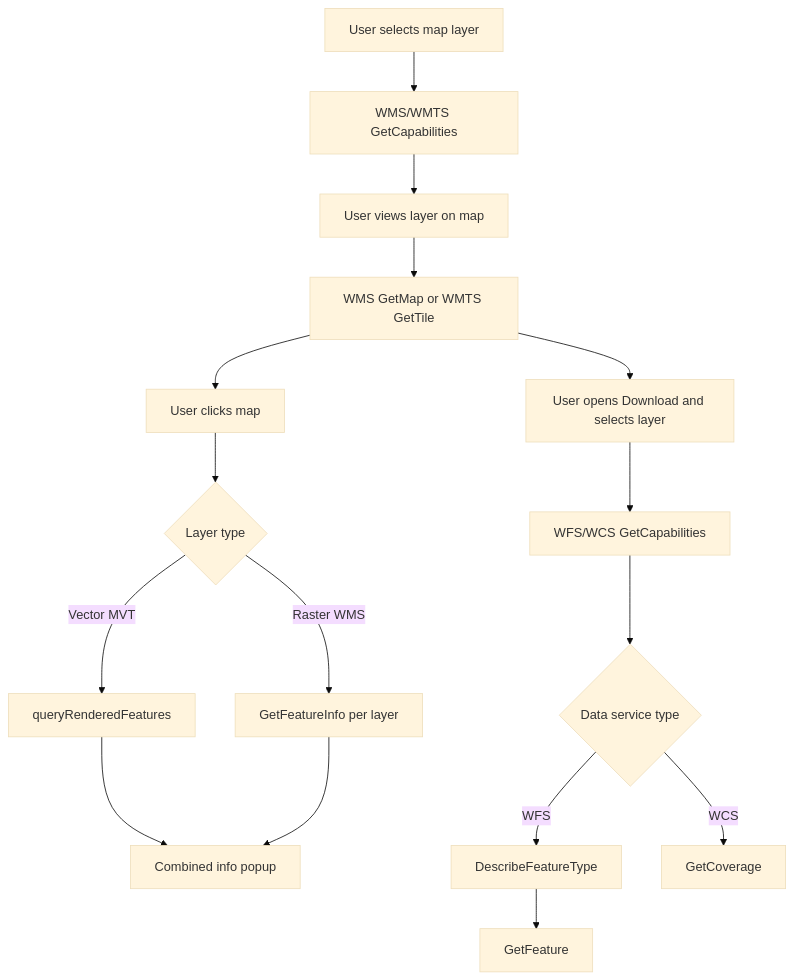
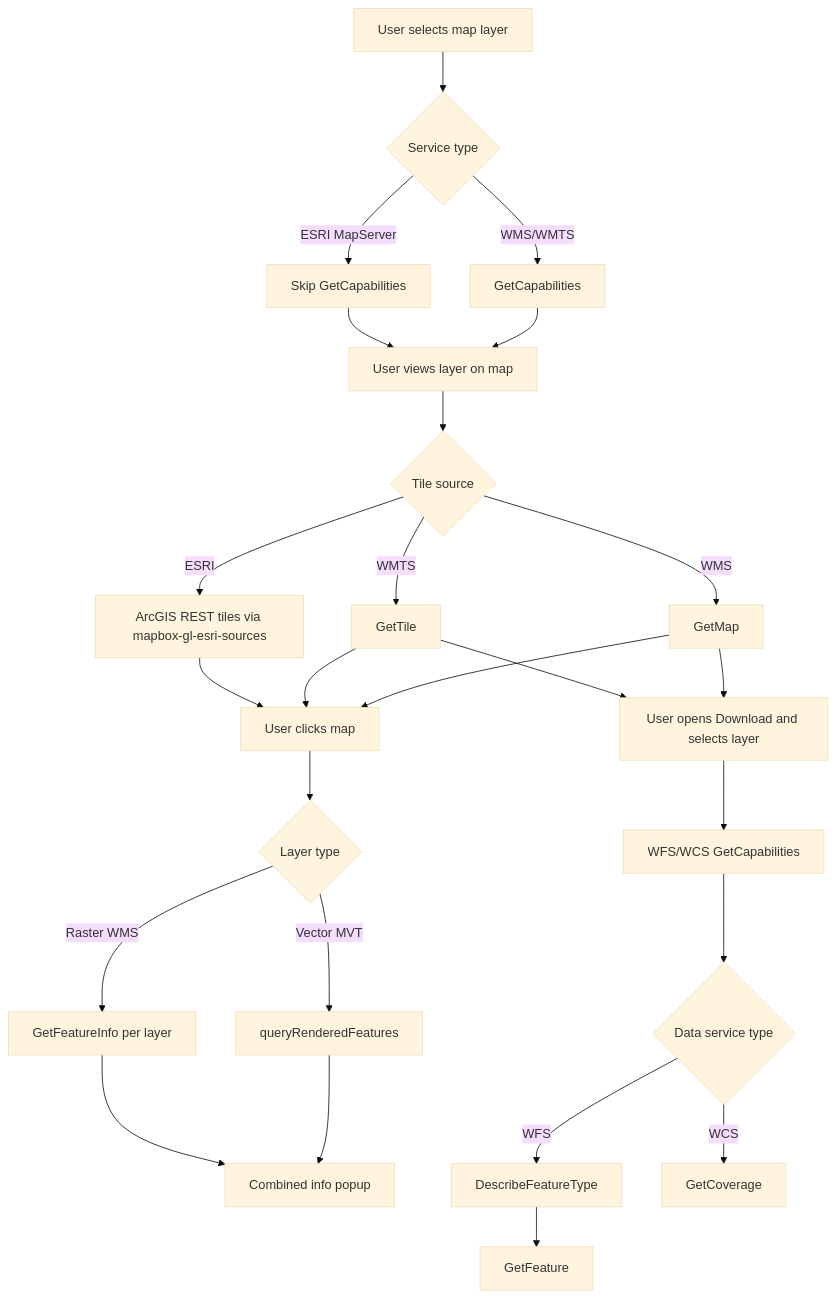
Before and after one commit to openearth/rws-viewer: the diagram in README.md, drawn with Mermaid (base theme). The commit also changed other lines of this file, not shown here.

Commit message:
Update README to reflect changes in service architecture and ESRI MapServer integration.

````diff
--- a/README.md
+++ b/README.md
@@ -182,18 +206,27 @@
 ```mermaid
 flowchart TD
-  A[User selects map layer] --> B[WMS/WMTS GetCapabilities]
-  B --> C[User views layer on map]
-  C --> D[WMS GetMap or WMTS GetTile]
-  D --> K[User clicks map]
-  K --> L{Layer type}
-  L -->|Vector MVT| M[queryRenderedFeatures]
-  L -->|Raster WMS| N[GetFeatureInfo per layer]
-  M --> O[Combined info popup]
-  N --> O
-  D --> E[User opens Download and selects layer]
-  E --> F[WFS/WCS GetCapabilities]
-  F --> G{Data service type}
-  G -->|WFS| H[DescribeFeatureType]
-  H --> I[GetFeature]
-  G -->|WCS| J[GetCoverage]
+  A[User selects map layer] --> B{Service type}
+  B -->|WMS/WMTS| C[GetCapabilities]
+  B -->|ESRI MapServer| D[Skip GetCapabilities]
+  C --> E[User views layer on map]
+  D --> E
+  E --> F{Tile source}
+  F -->|WMS| G[GetMap]
+  F -->|WMTS| H[GetTile]
+  F -->|ESRI| I[ArcGIS REST tiles via mapbox-gl-esri-sources]
+  G --> J[User clicks map]
+  H --> J
+  I --> J
+  J --> K{Layer type}
+  K -->|Vector MVT| L[queryRenderedFeatures]
+  K -->|Raster WMS| M[GetFeatureInfo per layer]
+  L --> N[Combined info popup]
+  M --> N
+  G --> O[User opens Download and selects layer]
+  H --> O
+  O --> P[WFS/WCS GetCapabilities]
+  P --> Q{Data service type}
+  Q -->|WFS| R[DescribeFeatureType]
+  R --> S[GetFeature]
+  Q -->|WCS| T[GetCoverage]
 ```
````
